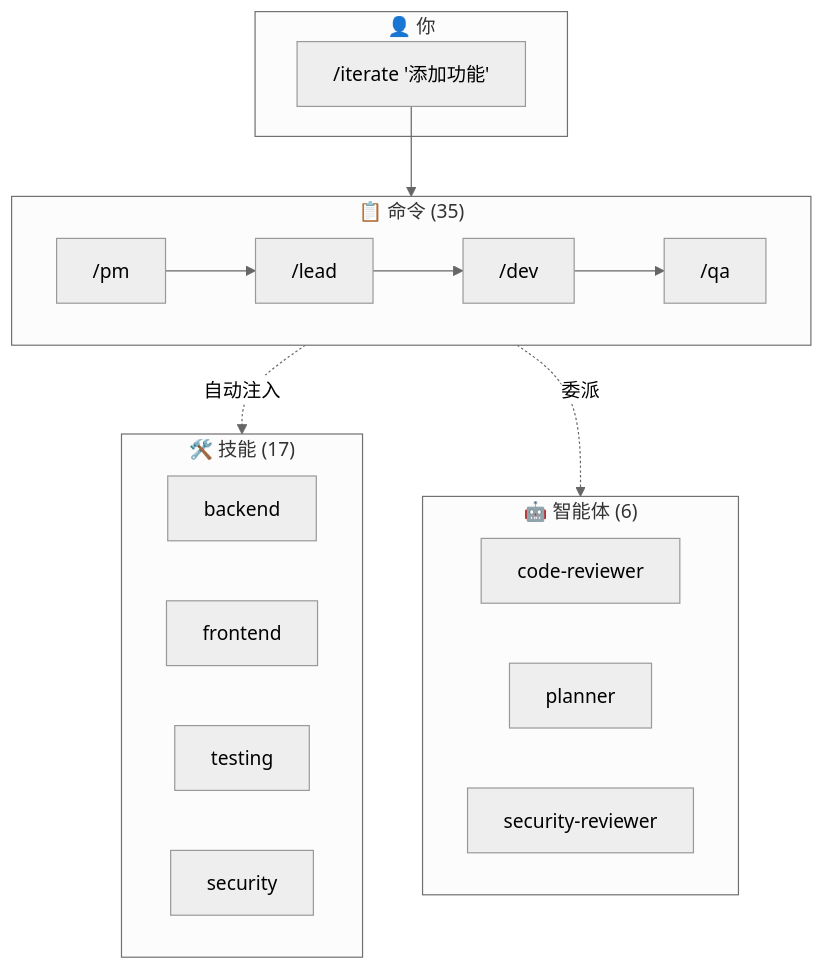
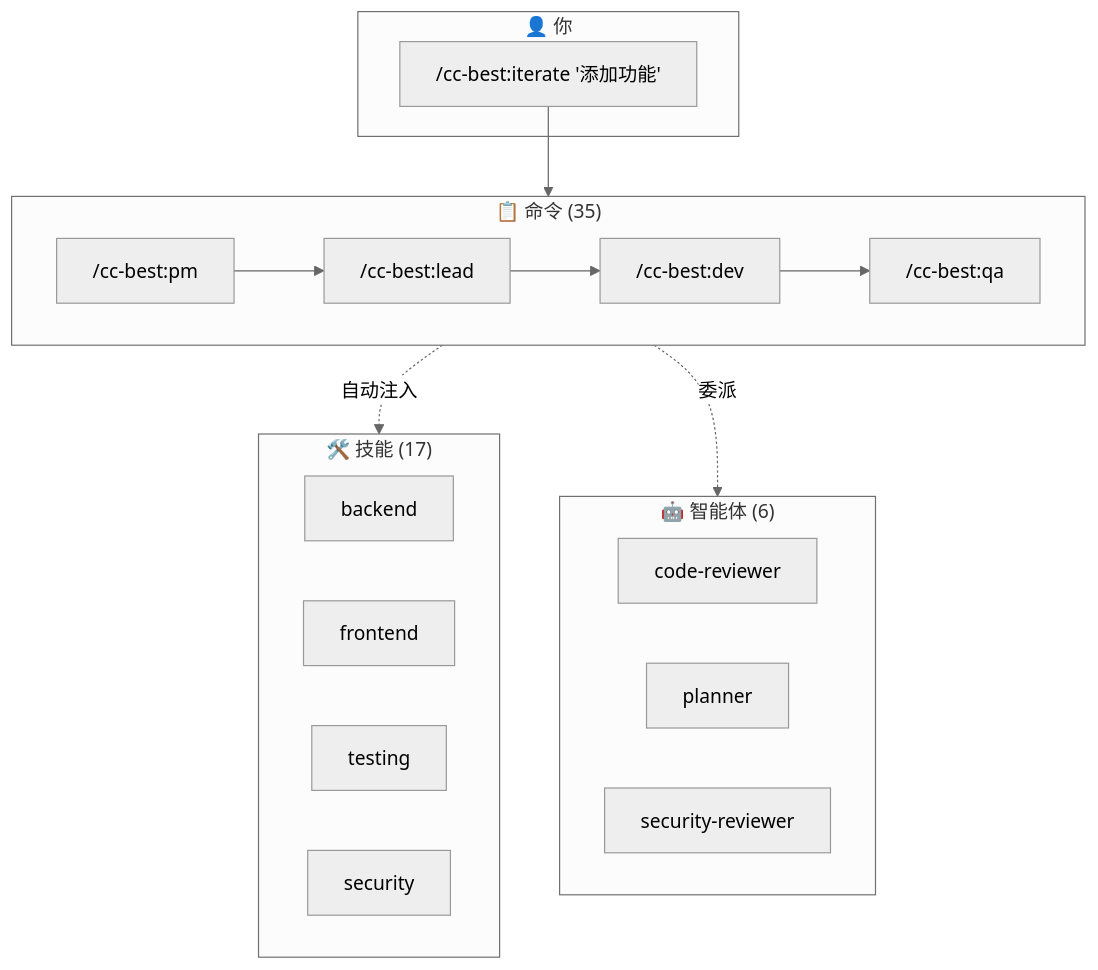
One commit to xiaobei930/claude-code-best-practices changed the second of 2 diagrams in README.zh-CN.md. Above: the diagram before and after it, drawn with Mermaid (neutral theme). The commit also changed other lines of this file and 58 other files, not shown here.

````diff
--- a/README.zh-CN.md
+++ b/README.zh-CN.md
@@ -253,27 +253,27 @@
 ```mermaid
 flowchart TB
     subgraph User["👤 你"]
-        CMD["/iterate '添加功能'"]
+        CMD["/cc-best:iterate '添加功能'"]
     end
 
     subgraph Commands["📋 命令 (35)"]
-        PM["/pm"] --> Lead["/lead"] --> Dev["/dev"] --> QA["/qa"]
+        PM["/cc-best:pm"] --> Lead["/cc-best:lead"] --> Dev["/cc-best:dev"] --> QA["/cc-best:qa"]
     end
 
     subgraph Skills["🛠️ 技能 (17)"]
         S1["backend"]
         S2["frontend"]
         S3["testing"]
         S4["security"]
     end
 
     subgraph Agents["🤖 智能体 (6)"]
         A1["code-reviewer"]
         A2["planner"]
         A3["security-reviewer"]
     end
 
     CMD --> Commands
     Commands -.->|"自动注入"| Skills
     Commands -.->|"委派"| Agents
 ```
````
